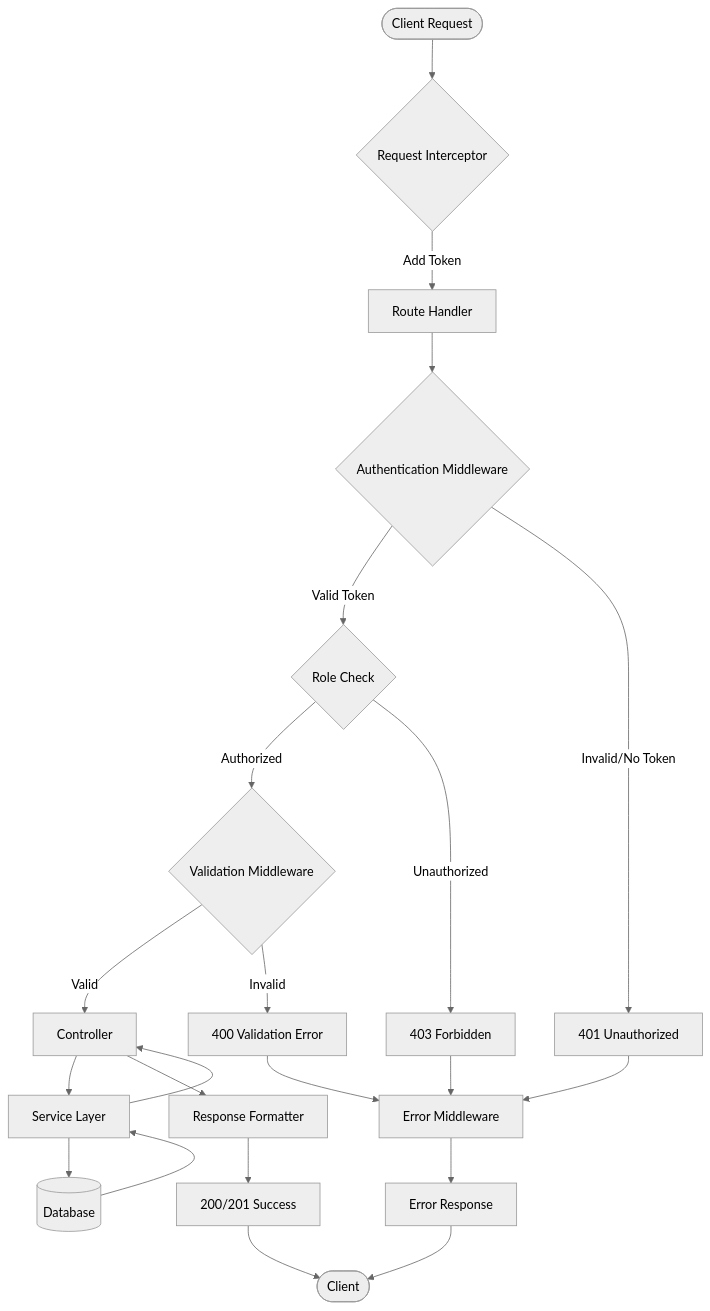
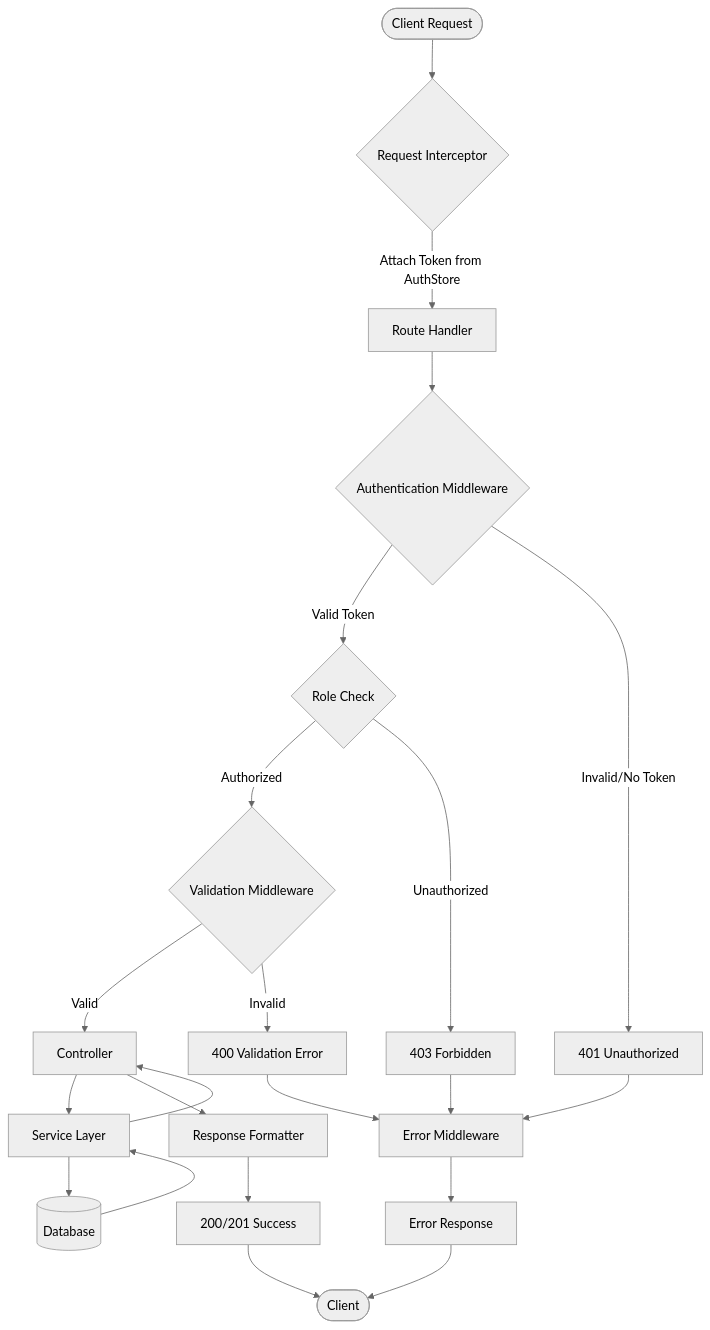
One commit to M0hammad-yasin/Online-educator changed the third of 6 diagrams in README.md. Above: the diagram before and after it, drawn with Mermaid (neutral theme). The commit also changed other lines of this file, not shown here.

Commit message:
feat: Update README.md to reflect new authentication flow and API request structure with Zustand and React Query integration

````diff
--- a/README.md
+++ b/README.md
@@ -176,24 +197,35 @@
 ```mermaid
 flowchart TD
+    %% Client Side
     Start([Client Request]) --> Interceptor{Request Interceptor}
-    Interceptor -->|Add Token| Route[Route Handler]
+    Interceptor -->|Attach Token from AuthStore| Route[Route Handler]
+
+    %% Server Side
     Route --> Auth{Authentication Middleware}
     Auth -->|Valid Token| Role{Role Check}
     Auth -->|Invalid/No Token| Error401[401 Unauthorized]
     Role -->|Authorized| Validate{Validation Middleware}
     Role -->|Unauthorized| Error403[403 Forbidden]
     Validate -->|Valid| Controller[Controller]
     Validate -->|Invalid| Error400[400 Validation Error]
+
+    %% Business Logic & Database
     Controller --> Service[Service Layer]
     Service --> DB[(Database)]
     DB --> Service
     Service --> Controller
+
+    %% Response Handling
     Controller --> Response[Response Formatter]
     Response --> Success[200/201 Success]
+
+    %% Error Handling
     Error401 --> ErrorHandler[Error Middleware]
     Error403 --> ErrorHandler
     Error400 --> ErrorHandler
     ErrorHandler --> ErrorResponse[Error Response]
+
+    %% Back to Client
     Success --> End([Client])
     ErrorResponse --> End
 ```
````
